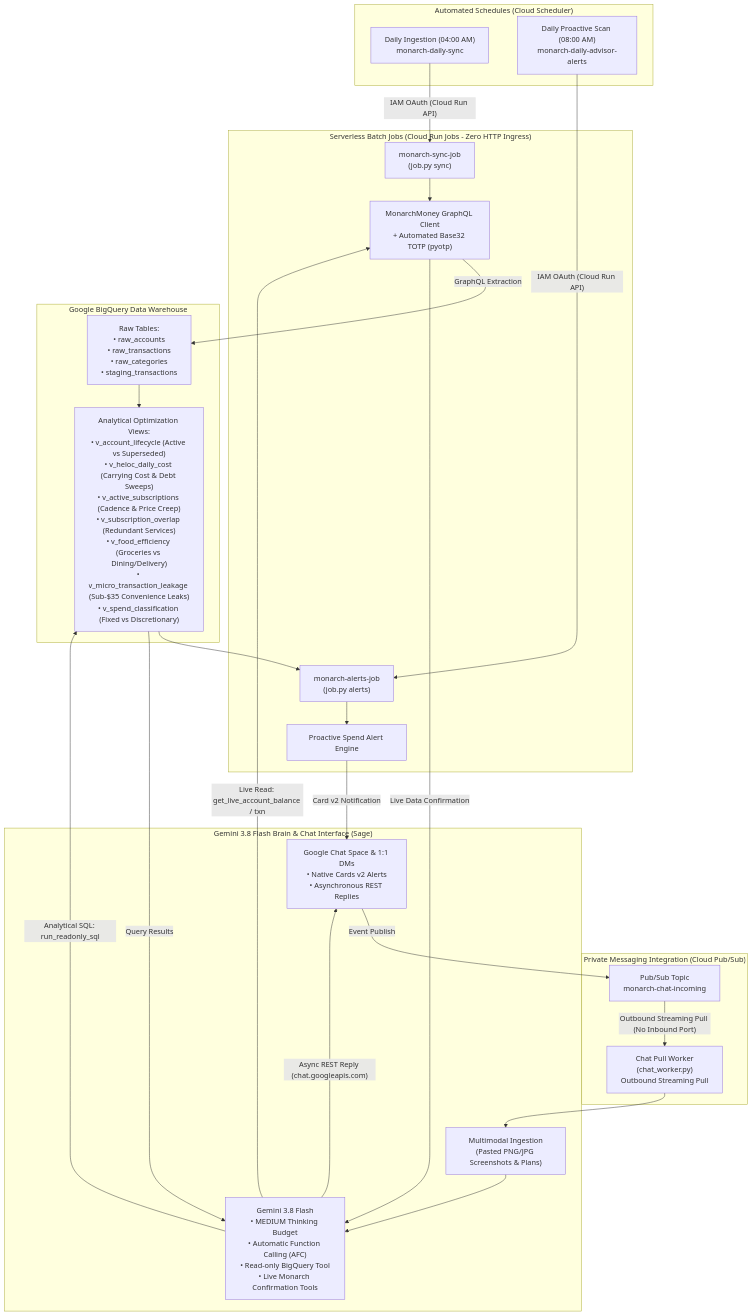
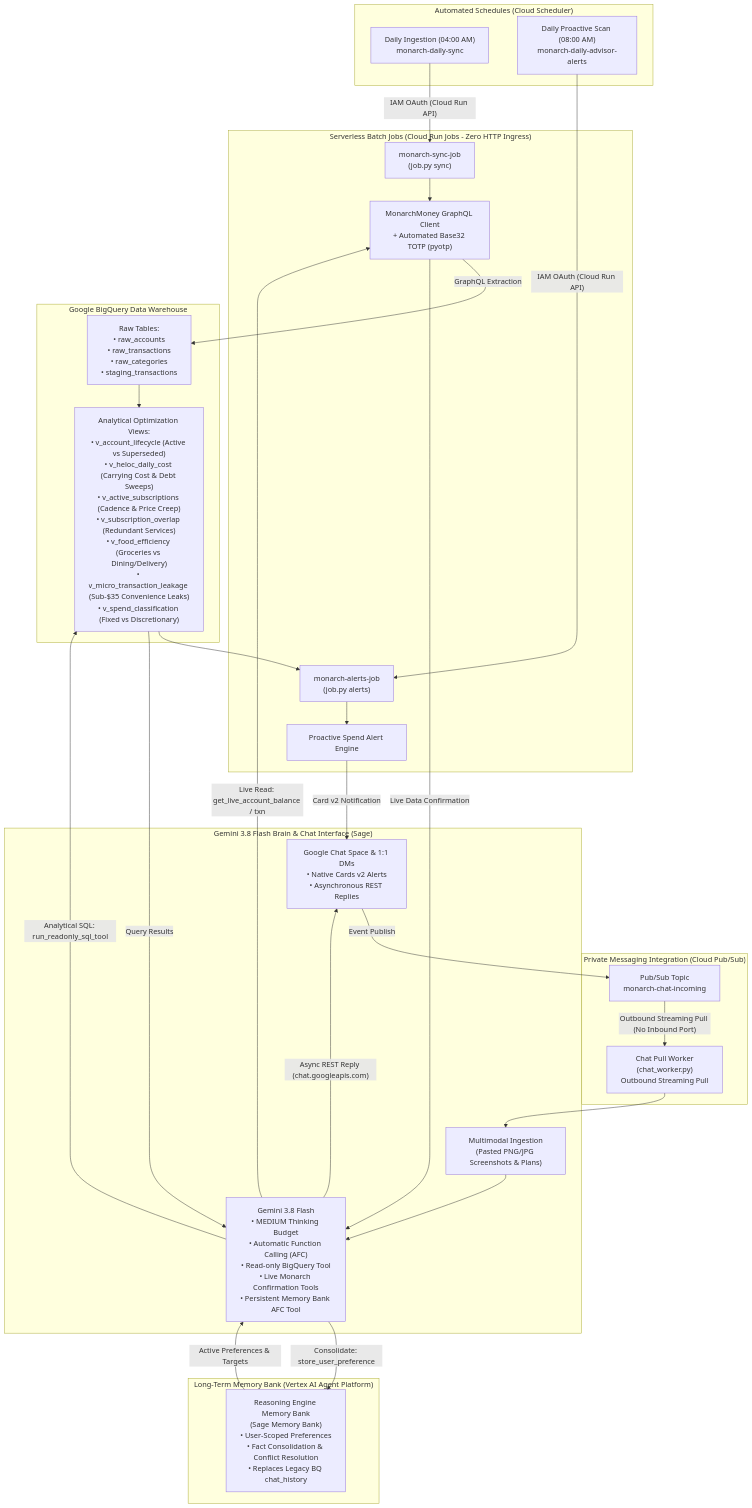
Before and after one commit to n0012/family-financial-intelligence-hub: the diagram in README.md, drawn with Mermaid. The commit also changed other lines of this file and 10 other files, not shown here.

Commit message:
feat(memory): integrate Vertex AI Agent Platform Memory Bank and retire BigQuery chat_history (#4)

````diff
--- a/README.md
+++ b/README.md
@@ -36,50 +36,56 @@
 ```mermaid
 flowchart TD
     subgraph Scheduling ["Automated Schedules (Cloud Scheduler)"]
         CronSync["Daily Ingestion (04:00 AM)<br/>monarch-daily-sync"]
         CronAlert["Daily Proactive Scan (08:00 AM)<br/>monarch-daily-advisor-alerts"]
     end
 
     subgraph BatchLayer ["Serverless Batch Jobs (Cloud Run Jobs - Zero HTTP Ingress)"]
         JobSync["monarch-sync-job<br/>(job.py sync)"]
         JobAlert["monarch-alerts-job<br/>(job.py alerts)"]
         MMClient["MonarchMoney GraphQL Client<br/>+ Automated Base32 TOTP (pyotp)"]
         AdvisorEngine["Proactive Spend Alert Engine"]
     end
 
     subgraph DataWarehouse ["Google BigQuery Data Warehouse"]
         RawTables["Raw Tables:<br/>• raw_accounts<br/>• raw_transactions<br/>• raw_categories<br/>• staging_transactions"]
         Views["Analytical Optimization Views:<br/>• v_account_lifecycle (Active vs Superseded)<br/>• v_heloc_daily_cost (Carrying Cost & Debt Sweeps)<br/>• v_active_subscriptions (Cadence & Price Creep)<br/>• v_subscription_overlap (Redundant Services)<br/>• v_food_efficiency (Groceries vs Dining/Delivery)<br/>• v_micro_transaction_leakage (Sub-$35 Convenience Leaks)<br/>• v_spend_classification (Fixed vs Discretionary)"]
     end
 
     subgraph PrivateIngestion ["Private Messaging Integration (Cloud Pub/Sub)"]
         Topic["Pub/Sub Topic<br/>monarch-chat-incoming"]
         Worker["Chat Pull Worker<br/>(chat_worker.py)<br/>Outbound Streaming Pull"]
     end
 
+    subgraph MemoryLayer ["Long-Term Memory Bank (Vertex AI Agent Platform)"]
+        MemoryBank["Reasoning Engine Memory Bank<br/>(Sage Memory Bank)<br/>• User-Scoped Preferences<br/>• Fact Consolidation & Conflict Resolution<br/>• Replaces Legacy BQ chat_history"]
+    end
+
     subgraph Intelligence ["Gemini 3.8 Flash Brain & Chat Interface (Sage)"]
-        GeminiFlash["Gemini 3.8 Flash<br/>• MEDIUM Thinking Budget<br/>• Automatic Function Calling (AFC)<br/>• Read-only BigQuery Tool<br/>• Live Monarch Confirmation Tools"]
+        GeminiFlash["Gemini 3.8 Flash<br/>• MEDIUM Thinking Budget<br/>• Automatic Function Calling (AFC)<br/>• Read-only BigQuery Tool<br/>• Live Monarch Confirmation Tools<br/>• Persistent Memory Bank AFC Tool"]
         MultimodalVision["Multimodal Ingestion<br/>(Pasted PNG/JPG Screenshots & Plans)"]
         GoogleChat["Google Chat Space & 1:1 DMs<br/>• Native Cards v2 Alerts<br/>• Asynchronous REST Replies"]
     end
 
     CronSync -->|"IAM OAuth (Cloud Run API)"| JobSync
     JobSync --> MMClient
     MMClient -->|"GraphQL Extraction"| RawTables
     RawTables --> Views
 
     CronAlert -->|"IAM OAuth (Cloud Run API)"| JobAlert
     Views --> JobAlert
     JobAlert --> AdvisorEngine
     AdvisorEngine -->|"Card v2 Notification"| GoogleChat
 
     GoogleChat -->|"Event Publish"| Topic
     Topic -->|"Outbound Streaming Pull (No Inbound Port)"| Worker
     Worker --> MultimodalVision
     MultimodalVision --> GeminiFlash
-    GeminiFlash -->|"Analytical SQL: run_readonly_sql"| Views
+    MemoryBank -->|"Active Preferences & Targets"| GeminiFlash
+    GeminiFlash -->|"Consolidate: store_user_preference"| MemoryBank
+    GeminiFlash -->|"Analytical SQL: run_readonly_sql_tool"| Views
     Views -->|"Query Results"| GeminiFlash
     GeminiFlash -->|"Live Read: get_live_account_balance / txn"| MMClient
     MMClient -->|"Live Data Confirmation"| GeminiFlash
     GeminiFlash -->|"Async REST Reply (chat.googleapis.com)"| GoogleChat
 ```
````
